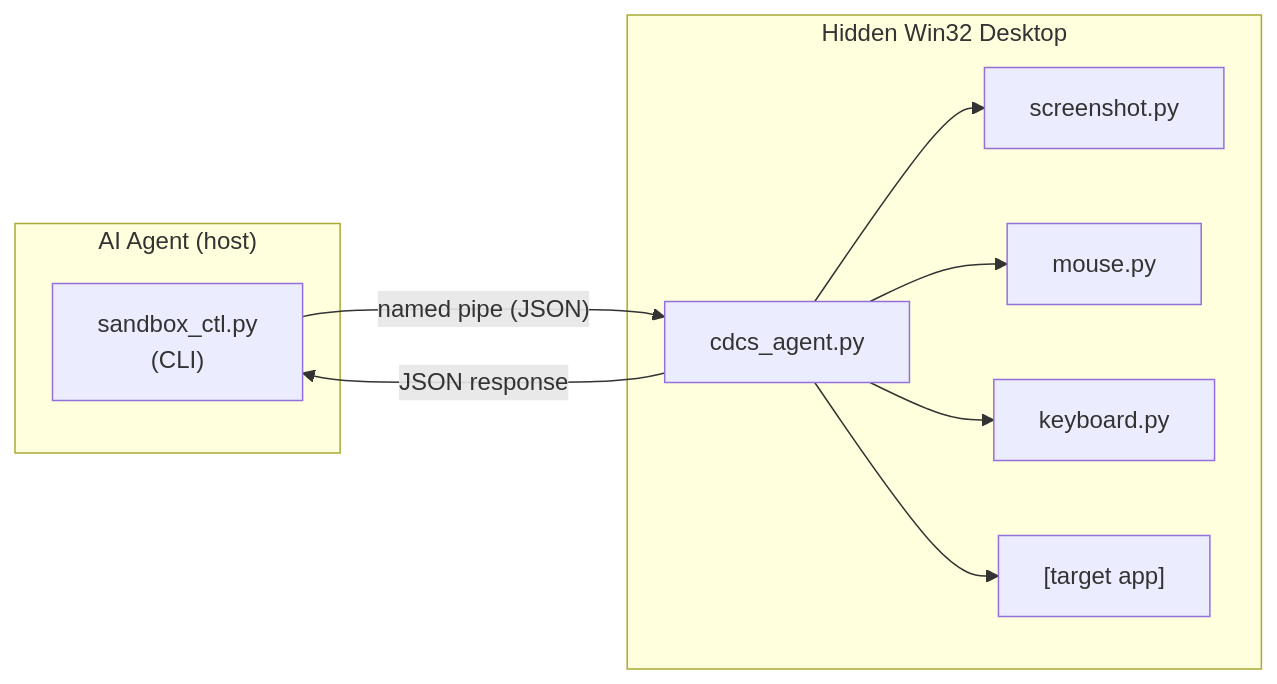
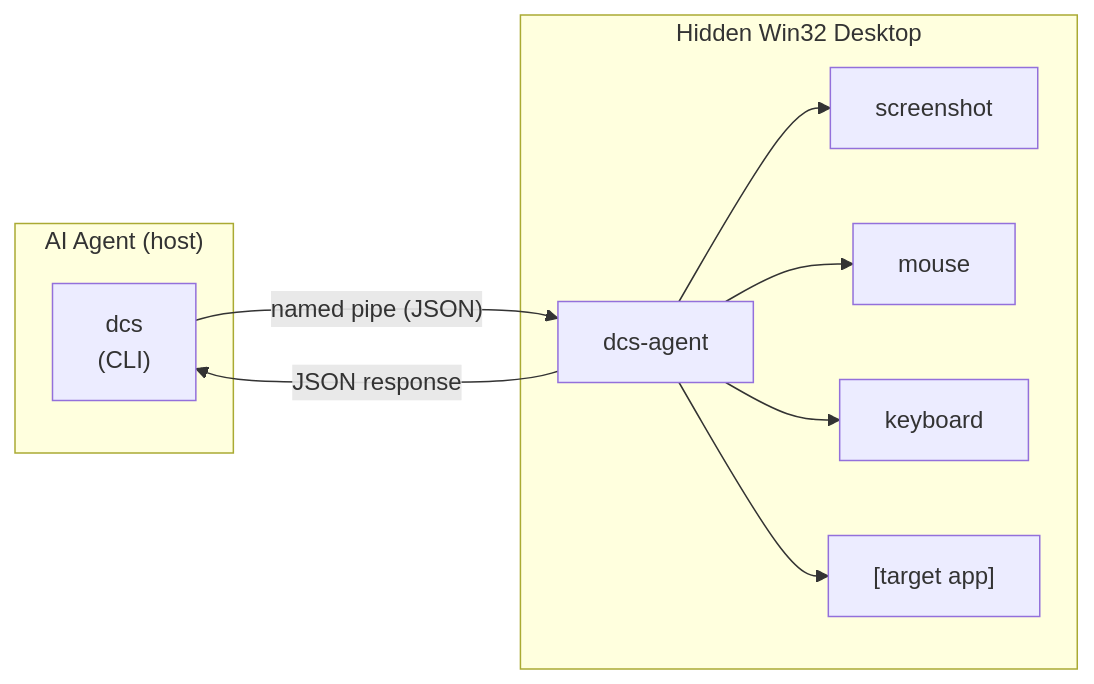
Before and after one commit to aShanki/desktop-control-system: the diagram in README.md, drawn with Mermaid. The commit also changed other lines of this file, not shown here.

Commit message:
fix: update README to reflect correct CLI command names and improve clarity

````diff
--- a/README.md
+++ b/README.md
@@ -18,22 +18,22 @@
 ```mermaid
 graph LR
     subgraph Host["AI Agent (host)"]
-        CLI["sandbox_ctl.py<br/>(CLI)"]
+        CLI["dcs<br/>(CLI)"]
     end
 
     subgraph Desktop["Hidden Win32 Desktop"]
-        Agent["cdcs_agent.py"]
-        Screenshot["screenshot.py"]
-        Mouse["mouse.py"]
-        Keyboard["keyboard.py"]
+        Agent["dcs-agent"]
+        Screenshot["screenshot"]
+        Mouse["mouse"]
+        Keyboard["keyboard"]
         App["[target app]"]
 
         Agent --> Screenshot
         Agent --> Mouse
         Agent --> Keyboard
         Agent --> App
     end
 
     CLI -- "named pipe (JSON)" --> Agent
     Agent -- "JSON response" --> CLI
 ```
````
